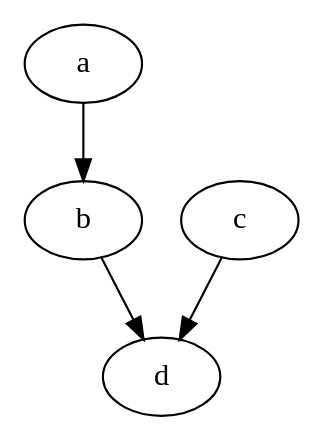
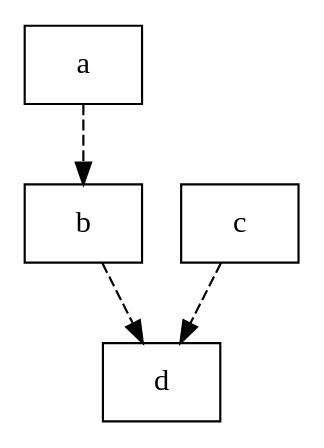
One commit to greatgauss/graphviz_script changed the diagram in hello.dot. Above: the diagram before and after it, drawn with Graphviz.

Commit message:
Record Shape and dashed edge

```diff
--- a/hello.dot
+++ b/hello.dot
@@ -1,10 +1,13 @@
 digraph abc{
+node [shape="record"];
+edge [style="dashed"];
+
 a;
 b;
 c;
 d;
  
 a -> b;
 b -> d;
 c -> d;
 }
```
